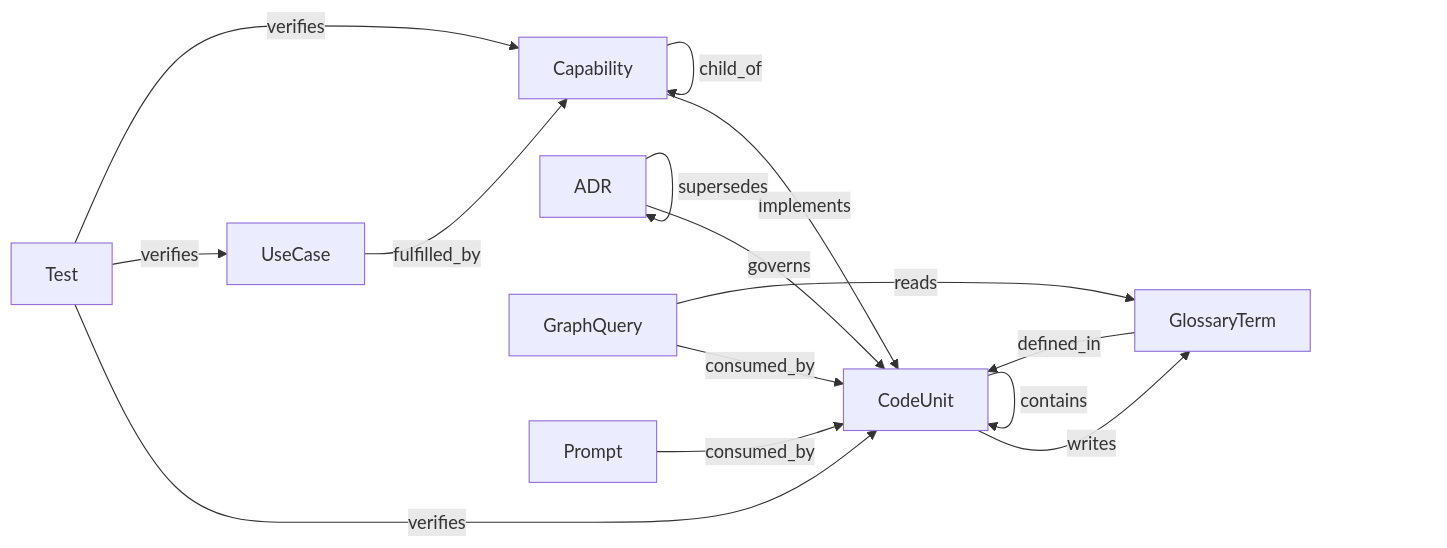
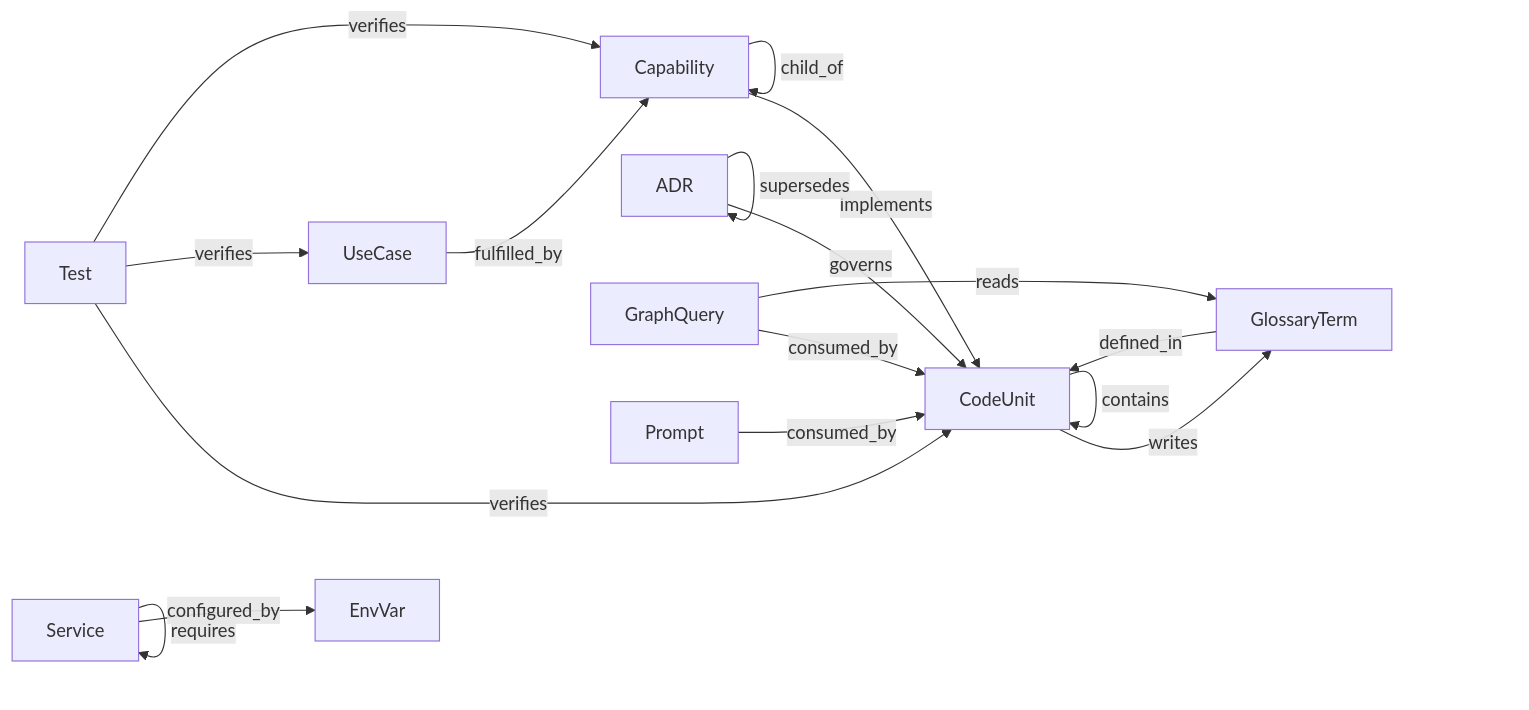
One commit to DigitalCowboyN/interview_analyzer_chaining changed the diagram in docs/graph/index.md. Above: the diagram before and after it, drawn with Mermaid. The commit also changed other lines of this file and 6 other files, not shown here.

First line of the commit message:
feat(infra): requires (service->service) + configured_by (service->env) edges

````diff
--- a/docs/graph/index.md
+++ b/docs/graph/index.md
@@ -36,18 +38,20 @@
 ```mermaid
 graph LR
     Capability -->|implements| CodeUnit
     Capability -->|child_of| Capability
     CodeUnit -->|depends_on| CodeUnit
     CodeUnit -->|contains| CodeUnit
     ADR -->|governs| CodeUnit
     ADR -->|supersedes| ADR
     UseCase -->|fulfilled_by| Capability
     Test -->|verifies| CodeUnit
     Test -->|verifies| UseCase
     Test -->|verifies| Capability
     GlossaryTerm -->|defined_in| CodeUnit
     GraphQuery -->|consumed_by| CodeUnit
     Prompt -->|consumed_by| CodeUnit
     GraphQuery -->|reads| GlossaryTerm
     CodeUnit -->|writes| GlossaryTerm
+    Service -->|requires| Service
+    Service -->|configured_by| EnvVar
 ```
````
